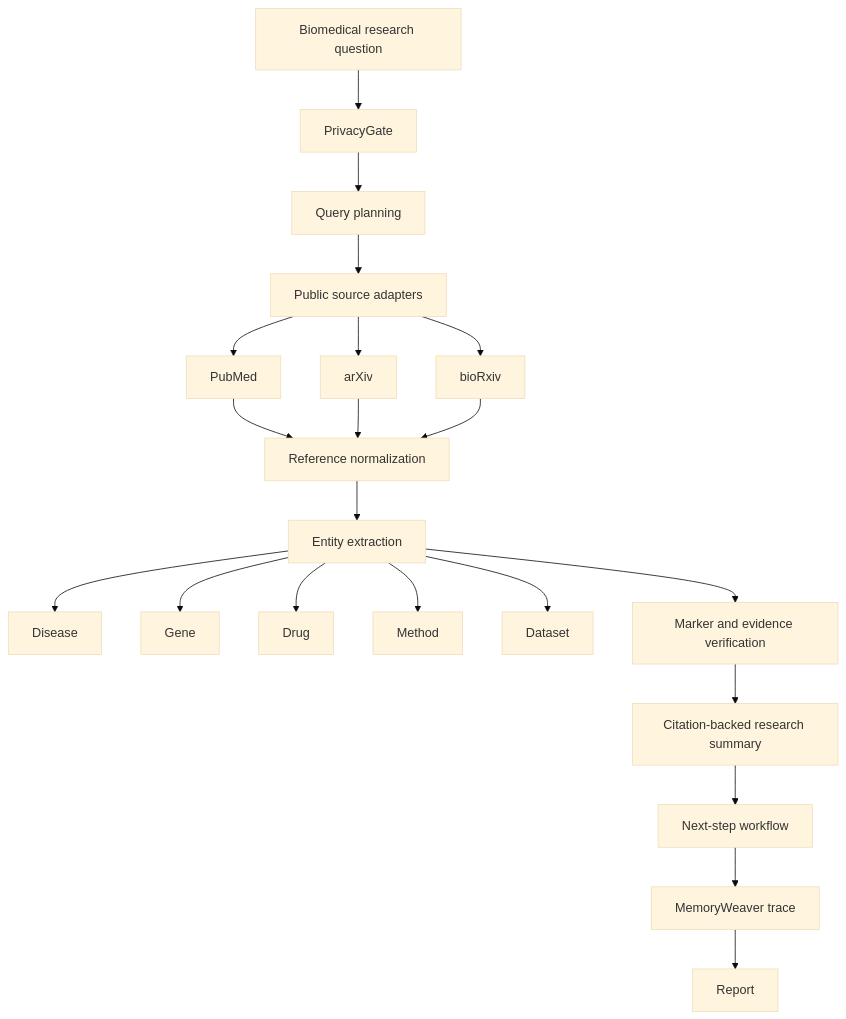
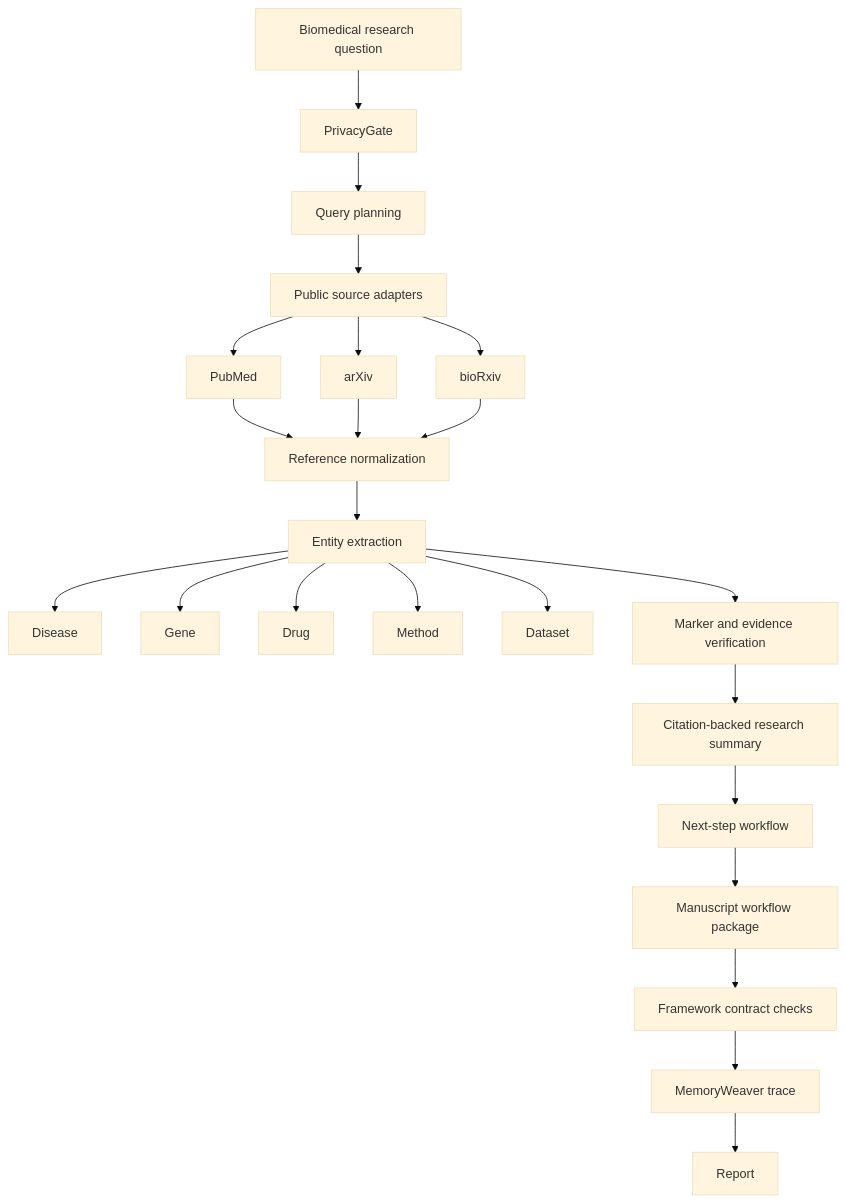
Before and after one commit to Invovel/BioResearch-Agent: the diagram in docs/end_to_end_workflow.md, drawn with Mermaid (base theme). The commit also changed other lines of this file and 17 other files, not shown here.

````diff
--- a/docs/end_to_end_workflow.md
+++ b/docs/end_to_end_workflow.md
@@ -33,23 +53,25 @@
 ```mermaid
 flowchart TD
     A["Biomedical research question"] --> B["PrivacyGate"]
     B --> C["Query planning"]
     C --> D["Public source adapters"]
     D --> D1["PubMed"]
     D --> D2["arXiv"]
     D --> D3["bioRxiv"]
     D1 --> E["Reference normalization"]
     D2 --> E
     D3 --> E
     E --> F["Entity extraction"]
     F --> F1["Disease"]
     F --> F2["Gene"]
     F --> F3["Drug"]
     F --> F4["Method"]
     F --> F5["Dataset"]
     F --> G["Marker and evidence verification"]
     G --> H["Citation-backed research summary"]
     H --> I["Next-step workflow"]
-    I --> J["MemoryWeaver trace"]
-    J --> K["Report"]
+    I --> J["Manuscript workflow package"]
+    J --> K["Framework contract checks"]
+    K --> L["MemoryWeaver trace"]
+    L --> M["Report"]
 ```
````
